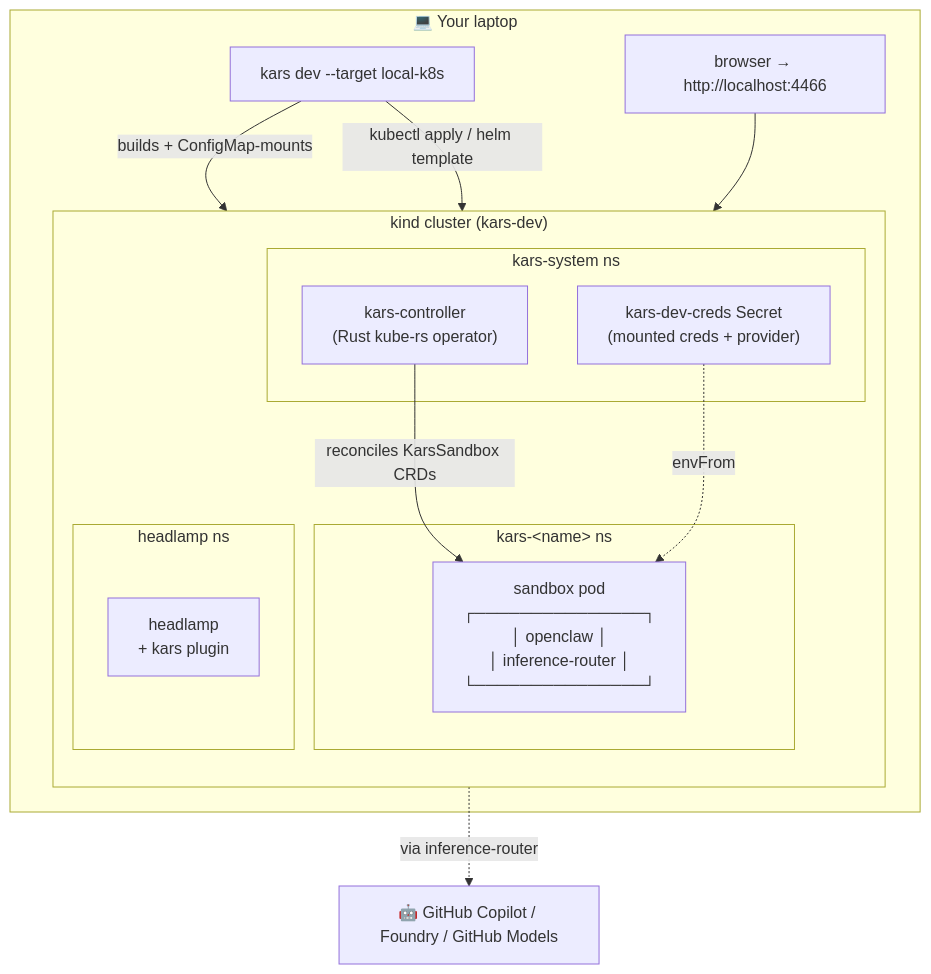
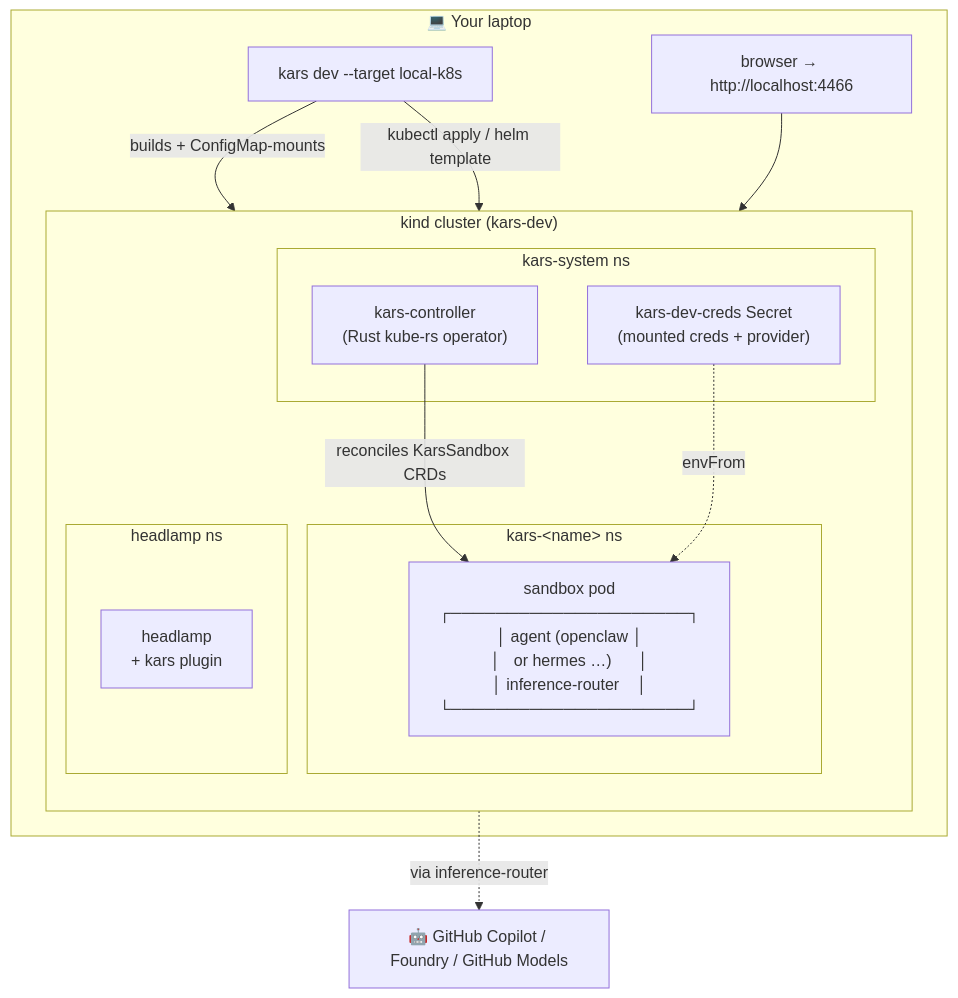
Before and after one commit to lachie83/kars: the first of 2 diagrams in docs/blueprints/02-local-k8s-dev-loop.md, drawn with Mermaid. The commit also changed 153 other files, not shown here.

````diff
--- a/docs/blueprints/02-local-k8s-dev-loop.md
+++ b/docs/blueprints/02-local-k8s-dev-loop.md
@@ -15,27 +15,27 @@
 ```mermaid
 flowchart TB
   subgraph Laptop["💻 Your laptop"]
     CLI["kars dev --target local-k8s"]
     Browser["browser → http://localhost:4466"]
     subgraph Kind["kind cluster (kars-dev)"]
       direction TB
       subgraph SystemNs["kars-system ns"]
         Controller["kars-controller<br/>(Rust kube-rs operator)"]
         DevSecret["kars-dev-creds Secret<br/>(mounted creds + provider)"]
       end
       subgraph SandboxNs["kars-&lt;name&gt; ns"]
-        Pod["sandbox pod<br/>┌───────────────┐<br/>│ openclaw      │<br/>│ inference-router │<br/>└───────────────┘"]
+        Pod["sandbox pod<br/>┌─────────────────────┐<br/>│ agent (openclaw │<br/>│   or hermes …)      │<br/>│ inference-router    │<br/>└─────────────────────┘"]
       end
       subgraph HeadlampNs["headlamp ns"]
         Headlamp["headlamp<br/>+ kars plugin"]
       end
       Controller -->|reconciles KarsSandbox CRDs| Pod
       DevSecret -.->|envFrom| Pod
     end
     CLI -->|kubectl apply / helm template| Kind
     CLI -->|builds + ConfigMap-mounts| Headlamp
     Browser --> Headlamp
   end
   Copilot["🤖 GitHub Copilot / Foundry / GitHub Models"]
   Pod -.->|via inference-router| Copilot
 ```
````
